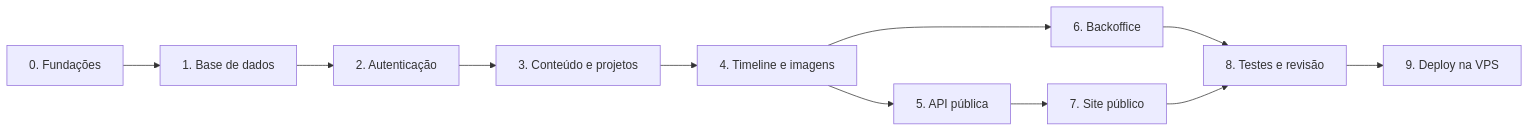
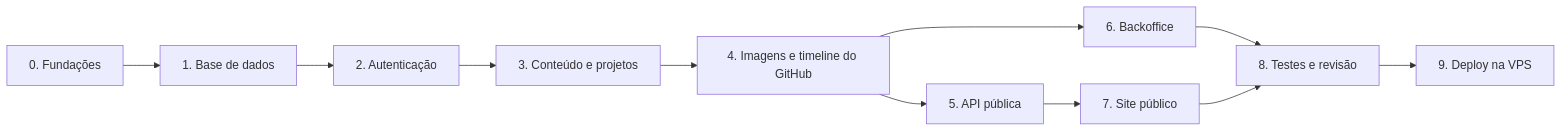
Before and after one commit to Miguel9669/Portef-lio-Pessoal: the diagram in docs/05-plano-implementacao.md, drawn with Mermaid. The commit also changed other lines of this file and 14 other files, not shown here.

First line of the commit message:
Timeline do GitHub em vez de notas

````diff
--- a/docs/05-plano-implementacao.md
+++ b/docs/05-plano-implementacao.md
@@ -9,13 +9,13 @@
 ```mermaid
 flowchart LR
     F0[0. Fundações] --> F1[1. Base de dados]
     F1 --> F2[2. Autenticação]
     F2 --> F3[3. Conteúdo e projetos]
-    F3 --> F4[4. Timeline e imagens]
+    F3 --> F4[4. Imagens e timeline do GitHub]
     F4 --> F5[5. API pública]
     F4 --> F6[6. Backoffice]
     F5 --> F7[7. Site público]
     F6 --> F8[8. Testes e revisão]
     F7 --> F8
     F8 --> F9[9. Deploy na VPS]
 ```
````
